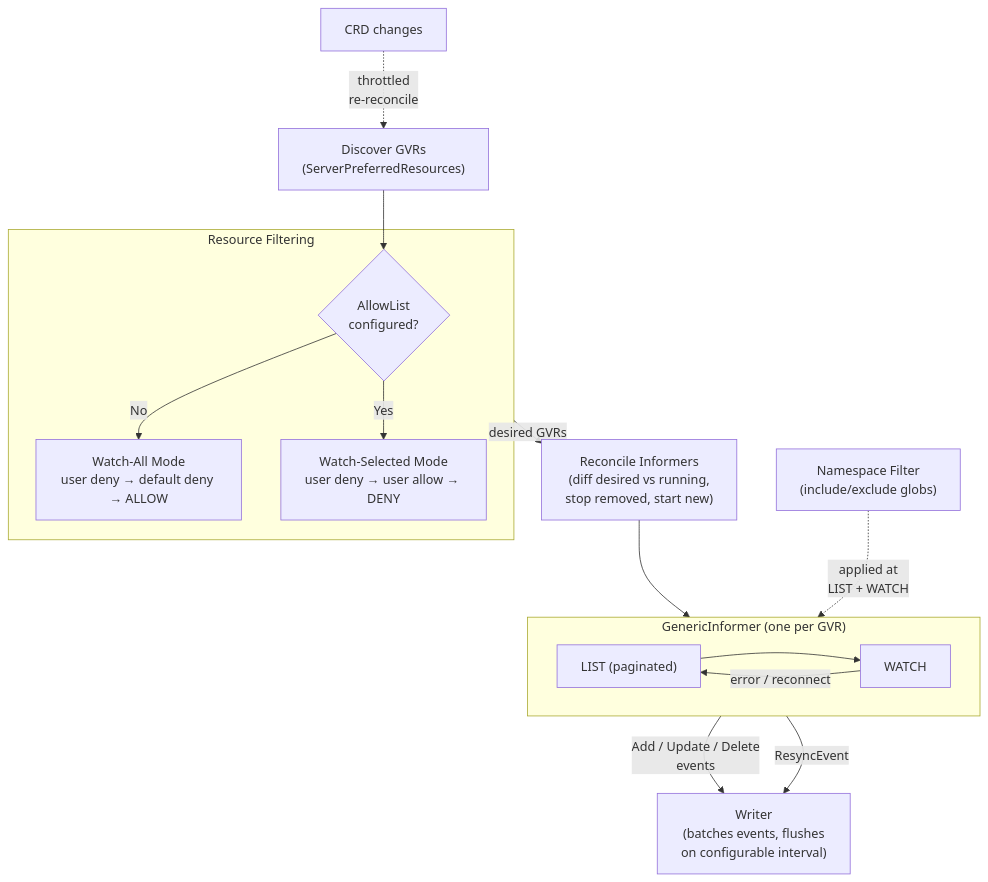
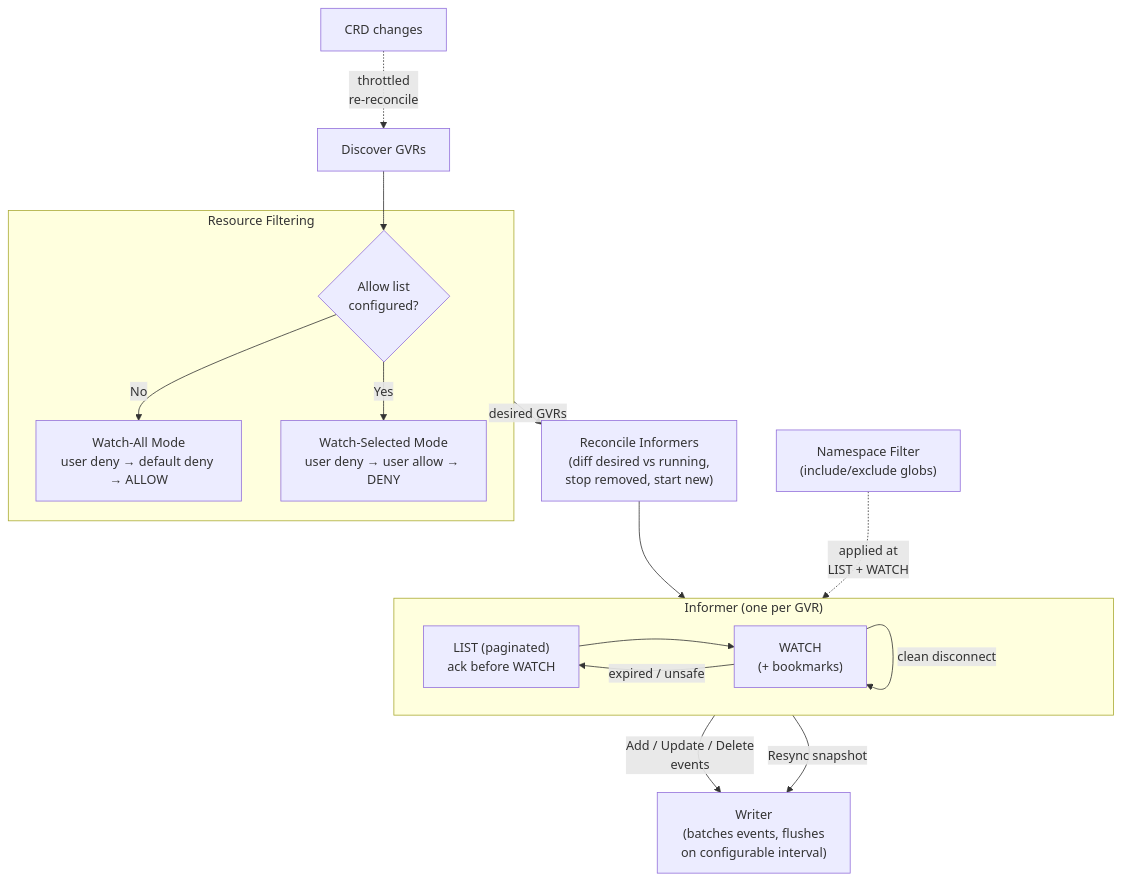
Before and after one commit to fleetshift/fleetshift-poc: the first of 4 diagrams in docs/design/addons/kubernetes-addon-diagrams.md, drawn with Mermaid. The commit also changed other lines of this file and 1 other file, not shown here.

````diff
--- a/docs/design/addons/kubernetes-addon-diagrams.md
+++ b/docs/design/addons/kubernetes-addon-diagrams.md
@@ -17,30 +17,31 @@
 ```mermaid
 flowchart TD
-    discover["Discover GVRs\n(ServerPreferredResources)"]
+    discover["Discover GVRs"]
 
     subgraph Filtering["Resource Filtering"]
-        modeCheck{"AllowList\nconfigured?"}
+        modeCheck{"Allow list\nconfigured?"}
         watchAll["Watch-All Mode\nuser deny → default deny → ALLOW"]
         watchSel["Watch-Selected Mode\nuser deny → user allow → DENY"]
         modeCheck -->|"No"| watchAll
         modeCheck -->|"Yes"| watchSel
     end
 
     reconcile["Reconcile Informers\n(diff desired vs running,\nstop removed, start new)"]
 
-    subgraph Informer["GenericInformer (one per GVR)"]
-        list["LIST (paginated)"] --> watch["WATCH"]
-        watch -->|"error / reconnect"| list
+    subgraph Informer["Informer (one per GVR)"]
+        list["LIST (paginated)\nack before WATCH"] --> watch["WATCH\n(+ bookmarks)"]
+        watch -->|"clean disconnect"| watch
+        watch -->|"expired / unsafe"| list
     end
 
     writer["Writer\n(batches events, flushes\non configurable interval)"]
 
     discover --> modeCheck
     Filtering -->|"desired GVRs"| reconcile
     reconcile --> Informer
     Informer -->|"Add / Update / Delete\nevents"| writer
-    Informer -->|"ResyncEvent"| writer
+    Informer -->|"Resync snapshot"| writer
 
     crd["CRD changes"] -.->|"throttled\nre-reconcile"| discover
     nsFilter["Namespace Filter\n(include/exclude globs)"] -.->|"applied at\nLIST + WATCH"| Informer
 ```
````
